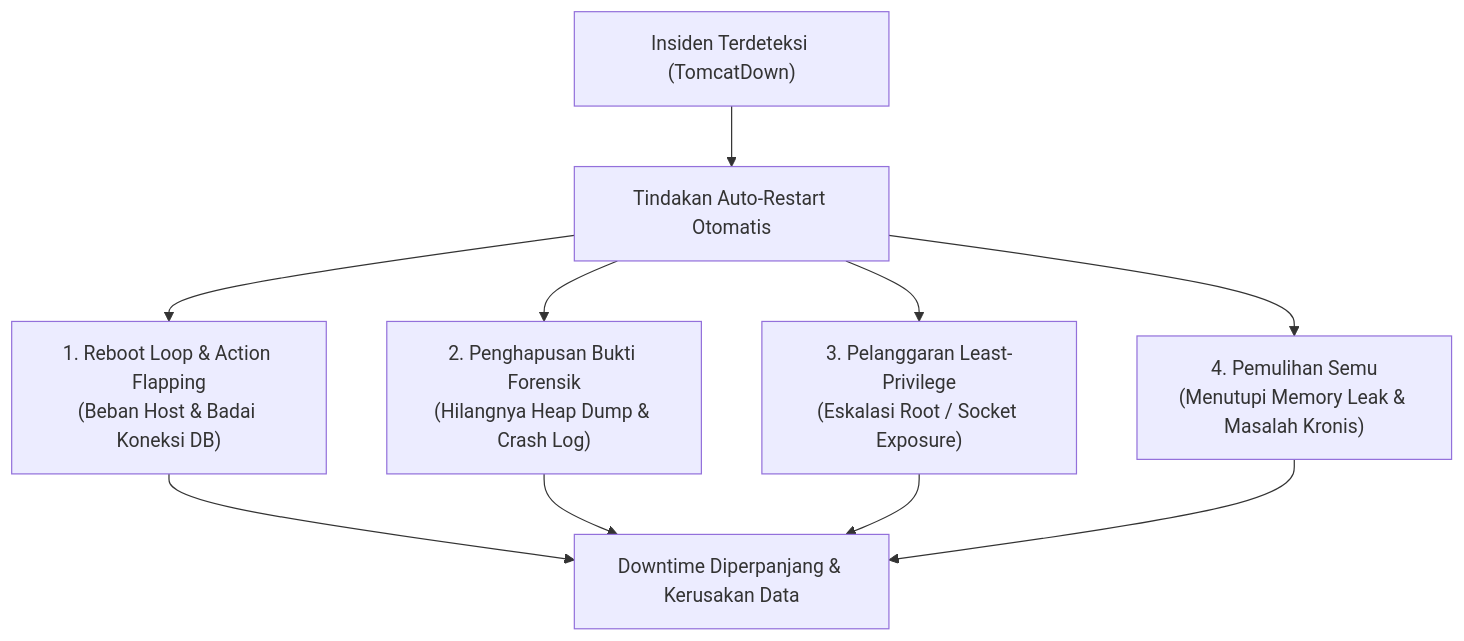
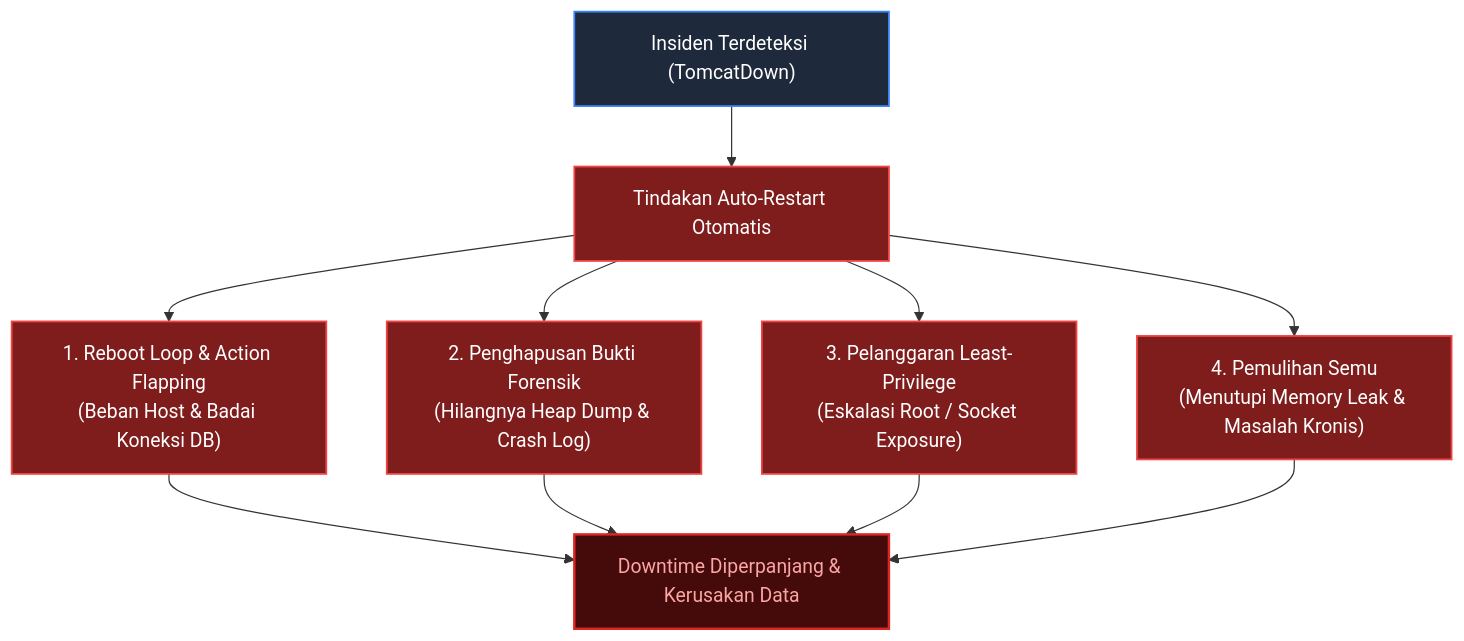
One commit to edkas07-oss/personal-site changed the first of 2 diagrams in content/articles/mengapa-auto-restart-di-production-berbahaya/index.md. Above: the diagram before and after it, drawn with Mermaid. The commit also changed other lines of this file and 10 other files, not shown here.

````diff
--- a/content/articles/mengapa-auto-restart-di-production-berbahaya/index.md
+++ b/content/articles/mengapa-auto-restart-di-production-berbahaya/index.md
@@ -42,13 +42,17 @@
-```mermaid
+{{< mermaid >}}
 flowchart TD
-    FAIL["Insiden Terdeteksi (TomcatDown)"] --> AR["Tindakan Auto-Restart Otomatis"]
-    AR --> R1["1. Reboot Loop & Action Flapping<br/>(Beban Host & Badai Koneksi DB)"]
-    AR --> R2["2. Penghapusan Bukti Forensik<br/>(Hilangnya Heap Dump & Crash Log)"]
-    AR --> R3["3. Pelanggaran Least-Privilege<br/>(Eskalasi Root / Socket Exposure)"]
-    AR --> R4["4. Pemulihan Semu<br/>(Menutupi Memory Leak & Masalah Kronis)"]
+    classDef danger fill:#7f1d1d,stroke:#ef4444,stroke-width:1.5px,color:#ffffff;
+    classDef disaster fill:#450a0a,stroke:#dc2626,stroke-width:2px,color:#fca5a5;
+    classDef neutral fill:#1e293b,stroke:#3b82f6,stroke-width:1.5px,color:#ffffff;
+
+    FAIL["Insiden Terdeteksi (TomcatDown)"]:::neutral --> AR["Tindakan Auto-Restart Otomatis"]:::danger
+    AR --> R1["1. Reboot Loop & Action Flapping<br/>(Beban Host & Badai Koneksi DB)"]:::danger
+    AR --> R2["2. Penghapusan Bukti Forensik<br/>(Hilangnya Heap Dump & Crash Log)"]:::danger
+    AR --> R3["3. Pelanggaran Least-Privilege<br/>(Eskalasi Root / Socket Exposure)"]:::danger
+    AR --> R4["4. Pemulihan Semu<br/>(Menutupi Memory Leak & Masalah Kronis)"]:::danger
     
-    R1 --> DISASTER["Downtime Diperpanjang & Kerusakan Data"]
+    R1 --> DISASTER["Downtime Diperpanjang & Kerusakan Data"]:::disaster
     R2 --> DISASTER
     R3 --> DISASTER
     R4 --> DISASTER
-```
+{{< /mermaid >}}
````
